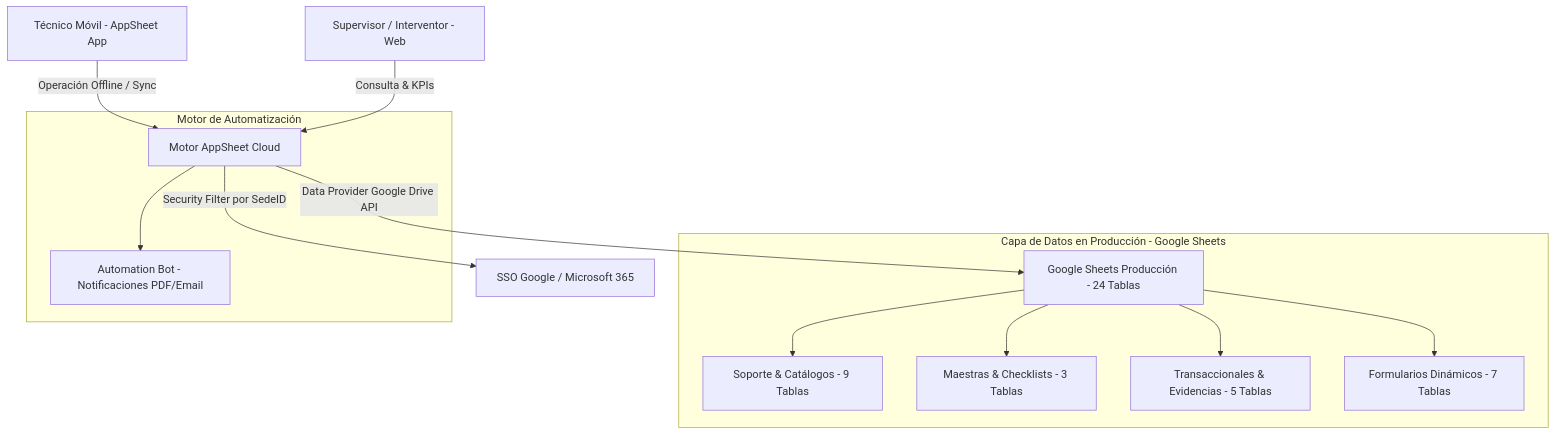
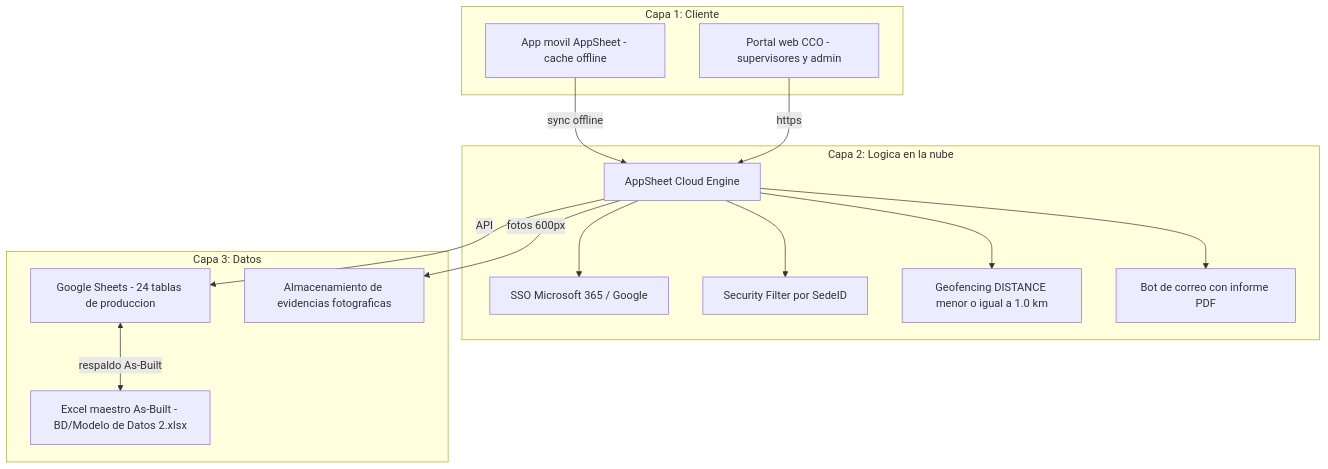
Before and after one commit to dieleoz/SGMC: the first of 2 diagrams in README.md, drawn with Mermaid. The commit also changed other lines of this file and 12 other files, not shown here.

````diff
--- a/README.md
+++ b/README.md
@@ -38,19 +53,28 @@
 ```mermaid
 graph TD
-    UserMobile[Técnico Móvil - AppSheet App] -->|Operación Offline / Sync| AppEngine[Motor AppSheet Cloud]
-    UserWeb[Supervisor / Interventor - Web] -->|Consulta & KPIs| AppEngine
-    
-    AppEngine -->|Security Filter por SedeID| Auth[SSO Google / Microsoft 365]
-    AppEngine -->|Data Provider Google Drive API| Backend[Google Sheets Producción - 24 Tablas]
-    
-    subgraph Capa_Datos [Capa de Datos en Producción - Google Sheets]
-        Backend --> Lookups[Soporte & Catálogos - 9 Tablas]
-        Backend --> Masters[Maestras & Checklists - 3 Tablas]
-        Backend --> Trans[Transaccionales & Evidencias - 5 Tablas]
-        Backend --> DynamicForms[Formularios Dinámicos - 7 Tablas]
+    subgraph C1[Capa 1: Cliente]
+        M[App movil AppSheet - cache offline]
+        W[Portal web CCO - supervisores y admin]
     end
-    
-    subgraph Automatizaciones [Motor de Automatización]
-        AppEngine --> Bot[Automation Bot - Notificaciones PDF/Email]
+    subgraph C2[Capa 2: Logica en la nube]
+        E[AppSheet Cloud Engine]
+        S[SSO Microsoft 365 / Google]
+        F[Security Filter por SedeID]
+        G[Geofencing DISTANCE menor o igual a 1.0 km]
+        B[Bot de correo con informe PDF]
     end
+    subgraph C3[Capa 3: Datos]
+        GS[Google Sheets - 24 tablas de produccion]
+        X[Excel maestro As-Built - BD/Modelo de Datos 2.xlsx]
+        OD[Almacenamiento de evidencias fotograficas]
+    end
+    M -->|sync offline| E
+    W -->|https| E
+    E --> S
+    E --> F
+    E --> G
+    E --> B
+    E -->|API| GS
+    GS <-->|respaldo As-Built| X
+    E -->|fotos 600px| OD
 ```
````
